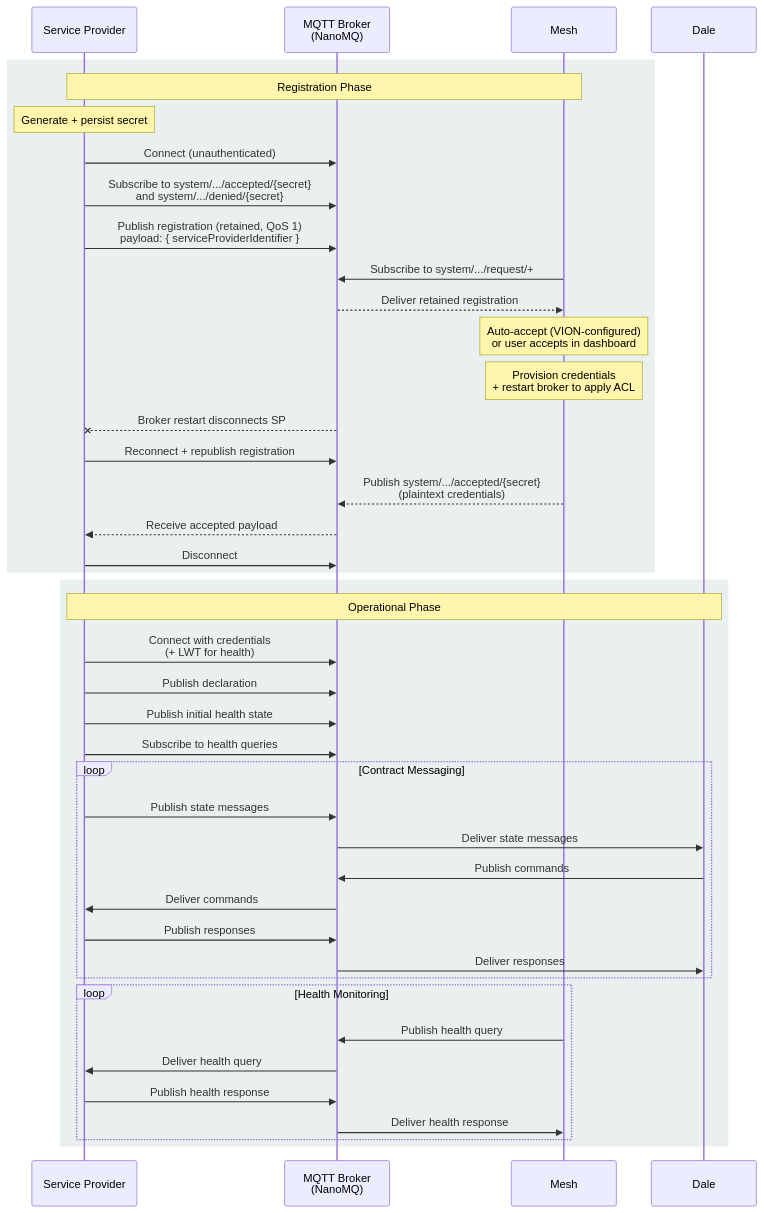
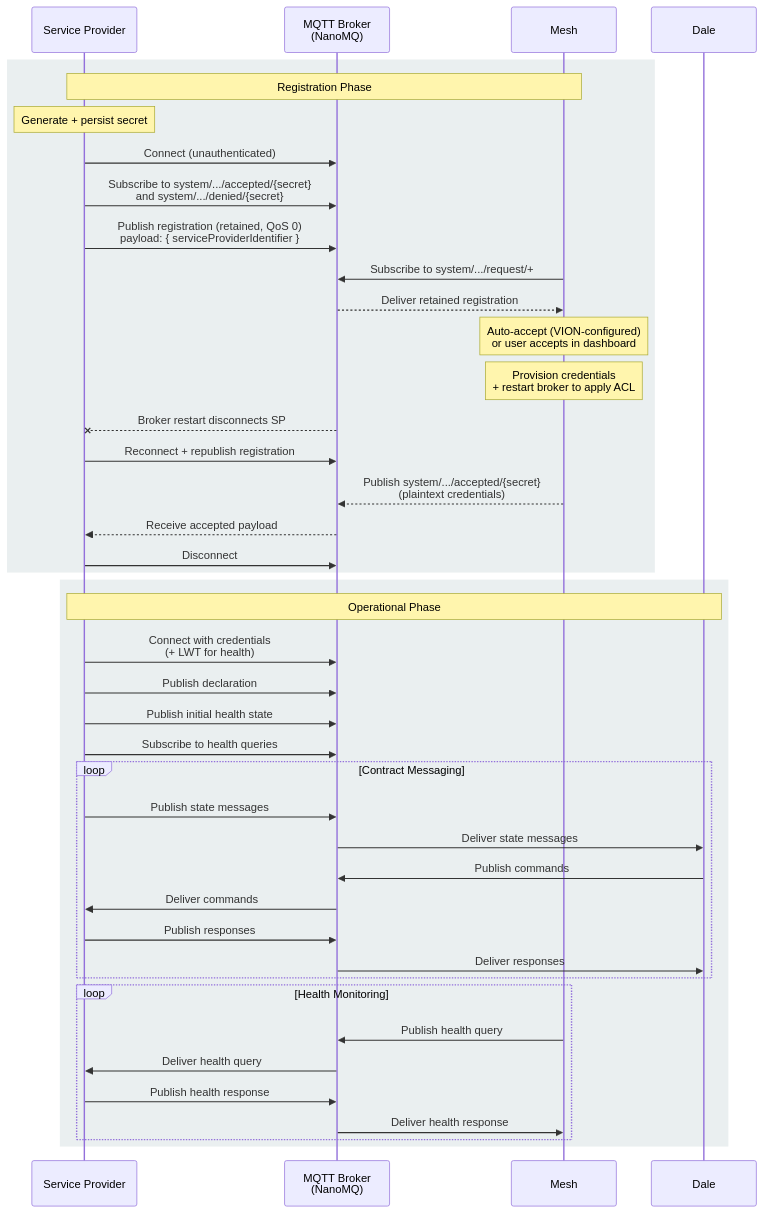
Before and after one commit to VION-IoT/documentation: the second of 2 diagrams in docs/sdk/service-provider-protocol.md, drawn with Mermaid. The commit also changed other lines of this file, not shown here.

````diff
--- a/docs/sdk/service-provider-protocol.md
+++ b/docs/sdk/service-provider-protocol.md
@@ -319,48 +319,48 @@
 ```mermaid
 sequenceDiagram
     participant SP as Service Provider
     participant B as MQTT Broker<br/>(NanoMQ)
     participant M as Mesh
     participant D as Dale
 
     rect rgb(50, 101, 108, 0.1)
     Note over SP,M: Registration Phase
     Note over SP: Generate + persist secret
     SP->>B: Connect (unauthenticated)
     SP->>B: Subscribe to system/.../accepted/{secret}<br/>and system/.../denied/{secret}
-    SP->>B: Publish registration (retained, QoS 1)<br/>payload: { serviceProviderIdentifier }
+    SP->>B: Publish registration (retained, QoS 0)<br/>payload: { serviceProviderIdentifier }
     M->>B: Subscribe to system/.../request/+
     B-->>M: Deliver retained registration
     Note over M: Auto-accept (VION-configured)<br/>or user accepts in dashboard
     Note over M: Provision credentials<br/>+ restart broker to apply ACL
     B--xSP: Broker restart disconnects SP
     SP->>B: Reconnect + republish registration
     M-->>B: Publish system/.../accepted/{secret}<br/>(plaintext credentials)
     B-->>SP: Receive accepted payload
     SP->>B: Disconnect
     end
 
     rect rgb(50, 101, 108, 0.1)
     Note over SP,D: Operational Phase
     SP->>B: Connect with credentials<br/>(+ LWT for health)
     SP->>B: Publish declaration
     SP->>B: Publish initial health state
     SP->>B: Subscribe to health queries
 
     loop Contract Messaging
         SP->>B: Publish state messages
         B->>D: Deliver state messages
         D->>B: Publish commands
         B->>SP: Deliver commands
         SP->>B: Publish responses
         B->>D: Deliver responses
     end
 
     loop Health Monitoring
         M->>B: Publish health query
         B->>SP: Deliver health query
         SP->>B: Publish health response
         B->>M: Deliver health response
     end
     end
 ```
````
